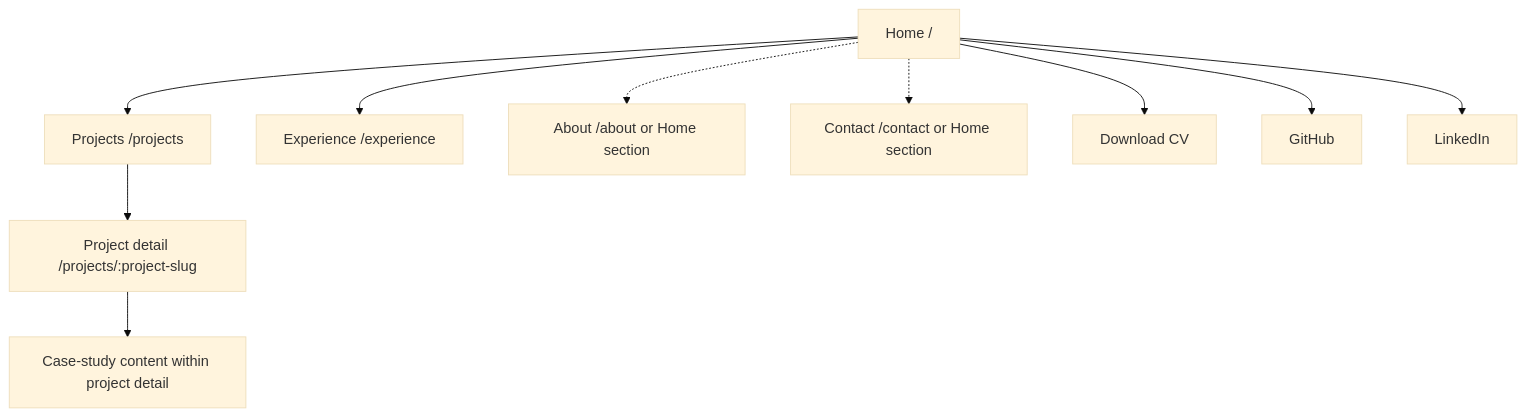
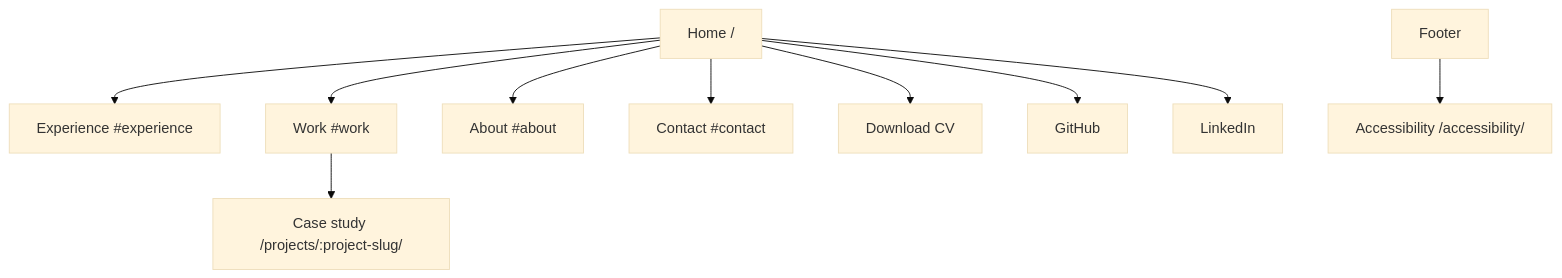
The diagram in docs/product/information-architecture.md (LuisArostegui/portfolio), drawn with Mermaid (base theme) before and after one commit. The commit also changed other lines of this file and 37 other files, not shown here.

Commit message:
feat(PT-65): direction B visual system and home + case structure (#121)

````diff
--- a/docs/product/information-architecture.md
+++ b/docs/product/information-architecture.md
@@ -44,14 +46,15 @@
 ```mermaid
 flowchart TD
-    Home["Home /"] --> Projects["Projects /projects"]
-    Home --> Experience["Experience /experience"]
-    Home -.-> About["About /about or Home section"]
-    Home -.-> Contact["Contact /contact or Home section"]
+    Home["Home /"] --> Experience["Experience #experience"]
+    Home --> Work["Work #work"]
+    Home --> About["About #about"]
+    Home --> Contact["Contact #contact"]
 
-    Projects --> ProjectDetail["Project detail /projects/:project-slug"]
-    ProjectDetail --> CaseStudy["Case-study content within project detail"]
+    Work --> ProjectDetail["Case study /projects/:project-slug/"]
 
     Home --> CV["Download CV"]
     Home --> GitHub["GitHub"]
     Home --> LinkedIn["LinkedIn"]
+
+    Footer["Footer"] --> Accessibility["Accessibility /accessibility/"]
 ```
````
